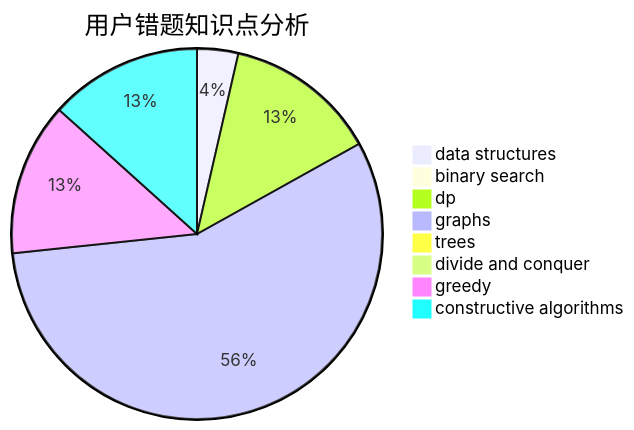
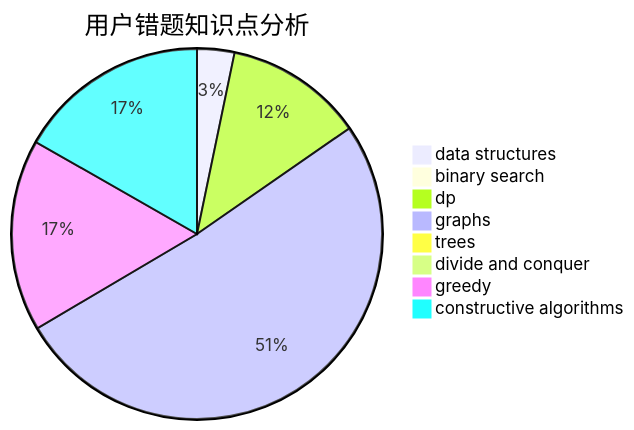
One commit to sherpahu/cfrs.github.io changed the third of 3 diagrams in docs/user/u519.md. Above: the diagram before and after it, drawn with Mermaid. The commit also changed other lines of this file and 2770 other files, not shown here.

````diff
--- a/docs/user/u519.md
+++ b/docs/user/u519.md
@@ -36,11 +36,11 @@
 ```mermaid
 pie title 用户错题知识点分析
     "data structures" :  7
     "binary search" :  0
     "dp" :  26
     "graphs" :  110
     "trees" :  0
     "divide and conquer" :  0
-    "greedy" :  26
-    "constructive algorithms" :  26
+    "greedy" :  36
+    "constructive algorithms" :  36
 ```
````
